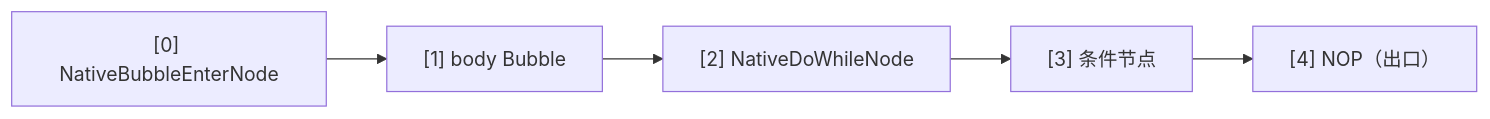
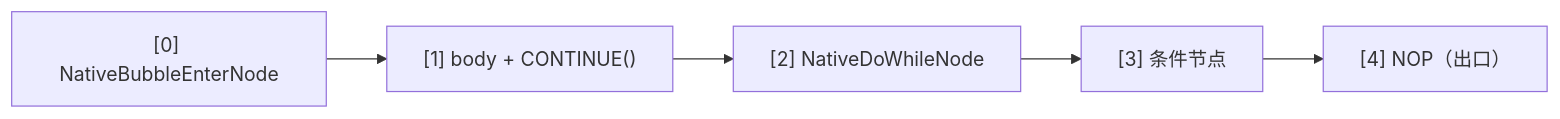
Before and after one commit to AmritaBot/AmritaSense: the fourth of 4 diagrams in docs/zh/guide/advanced/native_control_flow.md, drawn with Mermaid. The commit also changed other lines of this file and 102 other files, not shown here.

````diff
--- a/docs/zh/guide/advanced/native_control_flow.md
+++ b/docs/zh/guide/advanced/native_control_flow.md
@@ -174,9 +165,9 @@
 ```mermaid
 graph LR
     enter["[0] NativeBubbleEnterNode"]
-    body["[1] body Bubble"]
+    body["[1] body + CONTINUE()"]
     do["[2] NativeDoWhileNode"]
     cond["[3] 条件节点"]
     nop["[4] NOP（出口）"]
     enter --> body --> do --> cond --> nop
 ```
````
